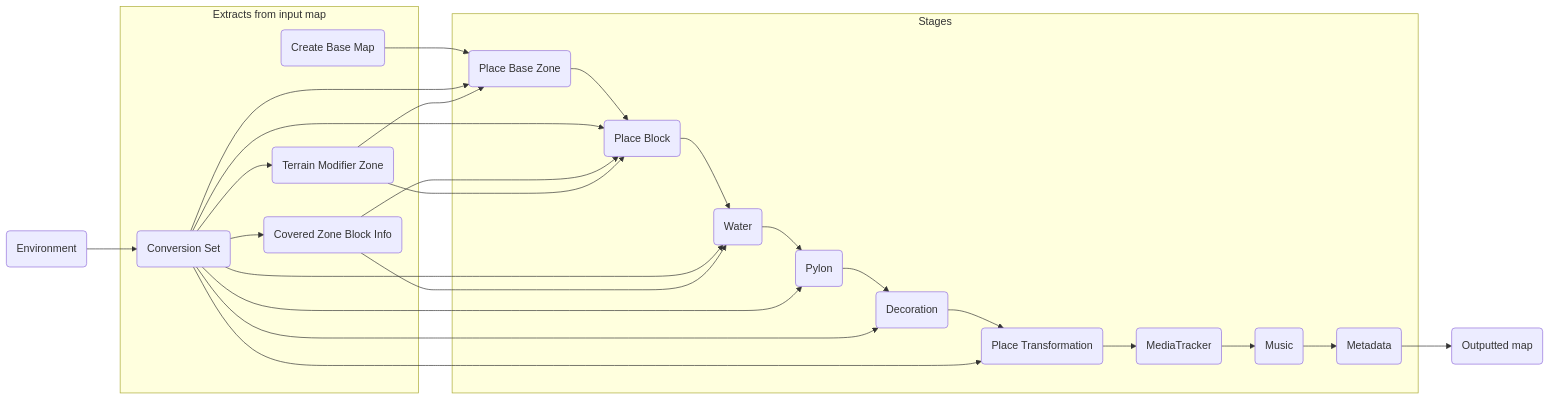
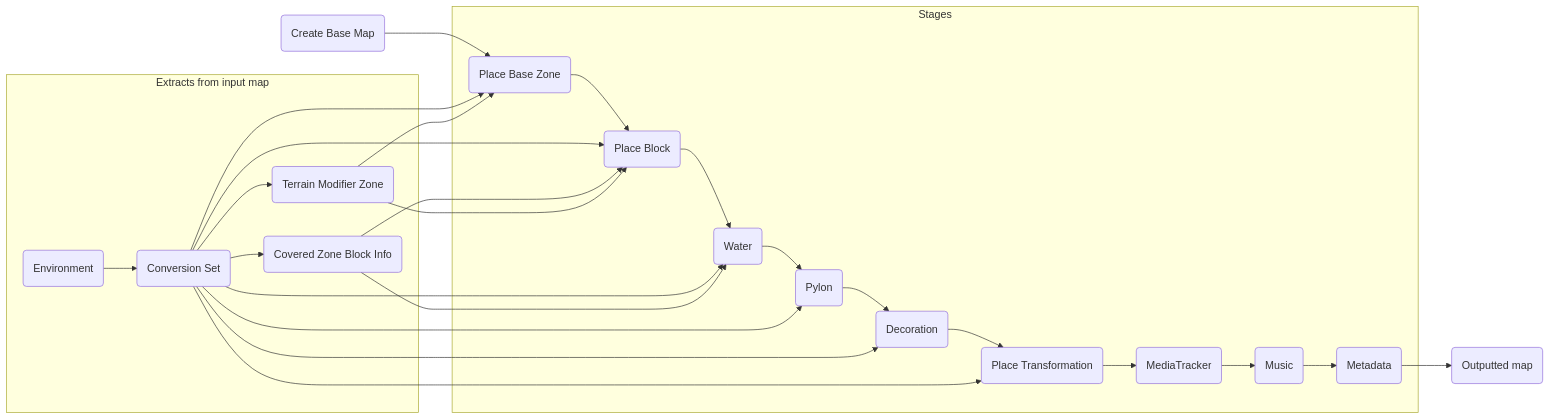
One commit to BigBang1112/nations-converter changed the diagram in README.md. Above: the diagram before and after it, drawn with Mermaid.

````diff
--- a/README.md
+++ b/README.md
@@ -7,49 +7,49 @@
 ```mermaid
 graph LR
     X(Create Base Map)
     Z(Environment) --> ExA
     ExA(Conversion Set)
     ExA --> ExB(Covered Zone Block Info)
     ExA --> ExC(Terrain Modifier Zone)
     X --> A(Place Base Zone)
     A --> B(Place Block)
     B --> C(Water)
     C --> D(Pylon)
     D --> E(Decoration)
     E --> F(Place Transformation)
     F --> G(MediaTracker)
     G --> H(Music)
     H --> I(Metadata)
     I --> Y(Outputted map)
 
     ExA --> A
     ExA --> B
     ExA --> C
     ExA --> D
     ExA --> E
     ExA --> F
 
     ExB --> B
     ExB --> C
     ExC --> A
     ExC --> B
     
     subgraph Extracts from input map
-        X
+        Z
         ExA
         ExB
         ExC
     end
 
     subgraph Stages
         A
         B
         C
         D
         E
         F
         G
         H
         I
     end
 ```
````
